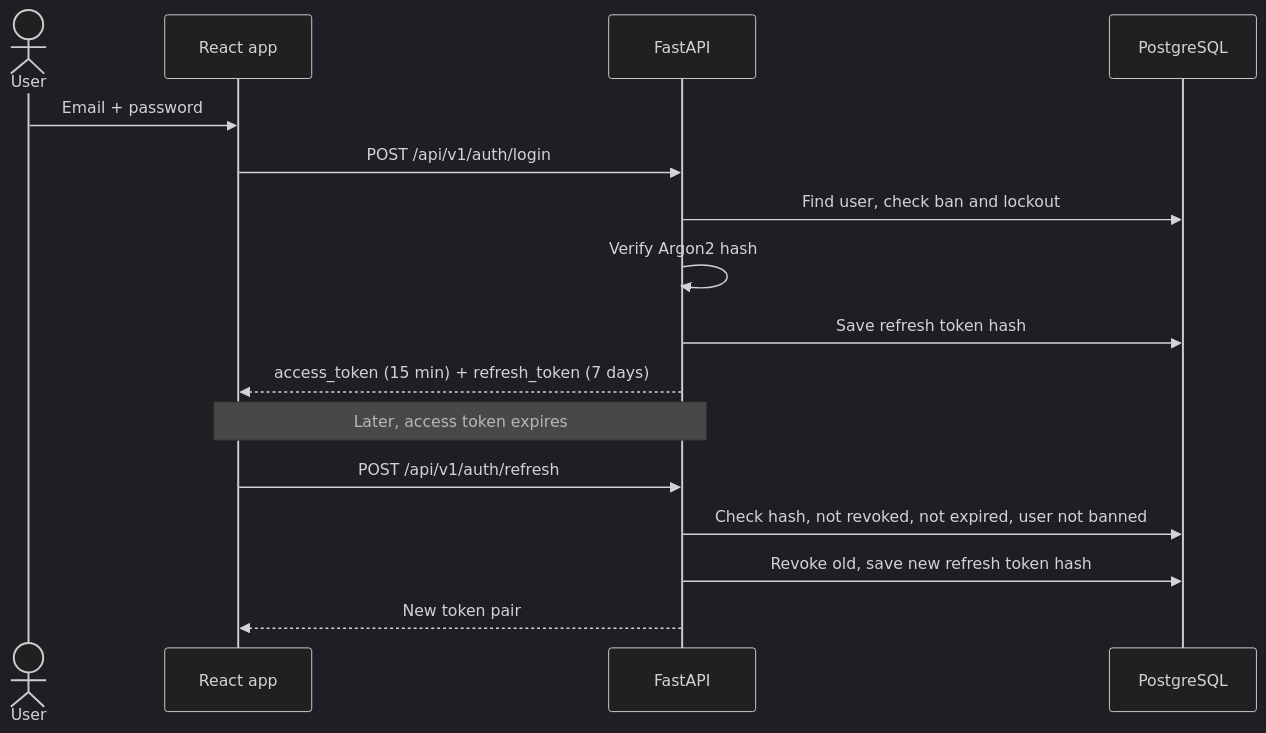
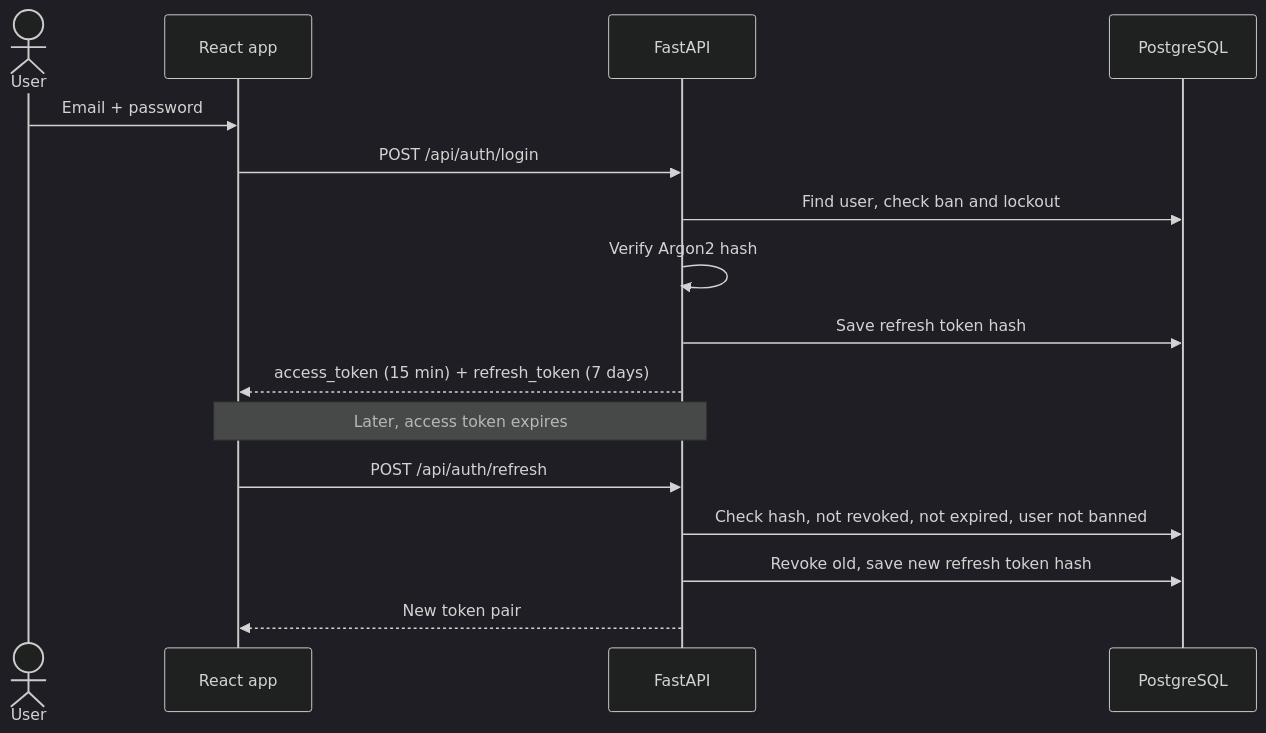
Before and after one commit to zarints05/2311933-S5-BoxBrain: the third of 6 diagrams in docs/03-tdd.md, drawn with Mermaid (dark theme). The commit also changed other lines of this file and 38 other files, not shown here.

````diff
--- a/docs/03-tdd.md
+++ b/docs/03-tdd.md
@@ -147,18 +91,18 @@
 ```mermaid
 sequenceDiagram
     actor U as User
     participant UI as React app
     participant API as FastAPI
     participant DB as PostgreSQL
     U->>UI: Email + password
-    UI->>API: POST /api/v1/auth/login
+    UI->>API: POST /api/auth/login
     API->>DB: Find user, check ban and lockout
     API->>API: Verify Argon2 hash
     API->>DB: Save refresh token hash
     API-->>UI: access_token (15 min) + refresh_token (7 days)
     Note over UI,API: Later, access token expires
-    UI->>API: POST /api/v1/auth/refresh
+    UI->>API: POST /api/auth/refresh
     API->>DB: Check hash, not revoked, not expired, user not banned
     API->>DB: Revoke old, save new refresh token hash
     API-->>UI: New token pair
 ```
````
